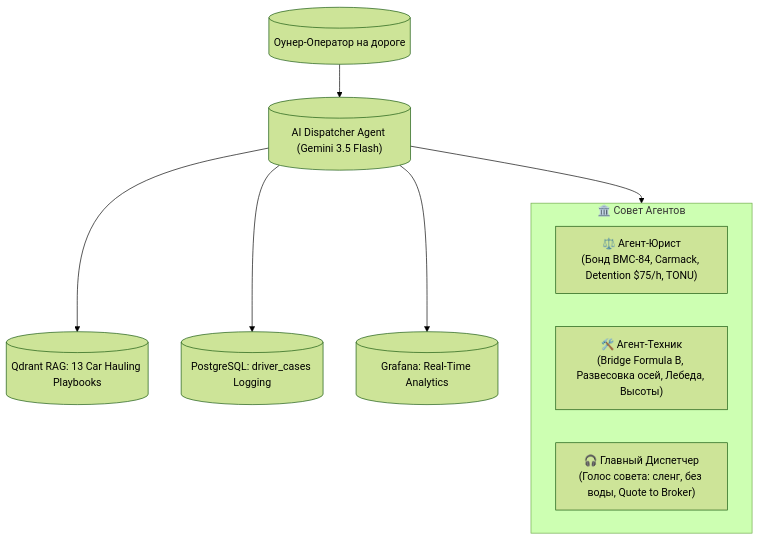
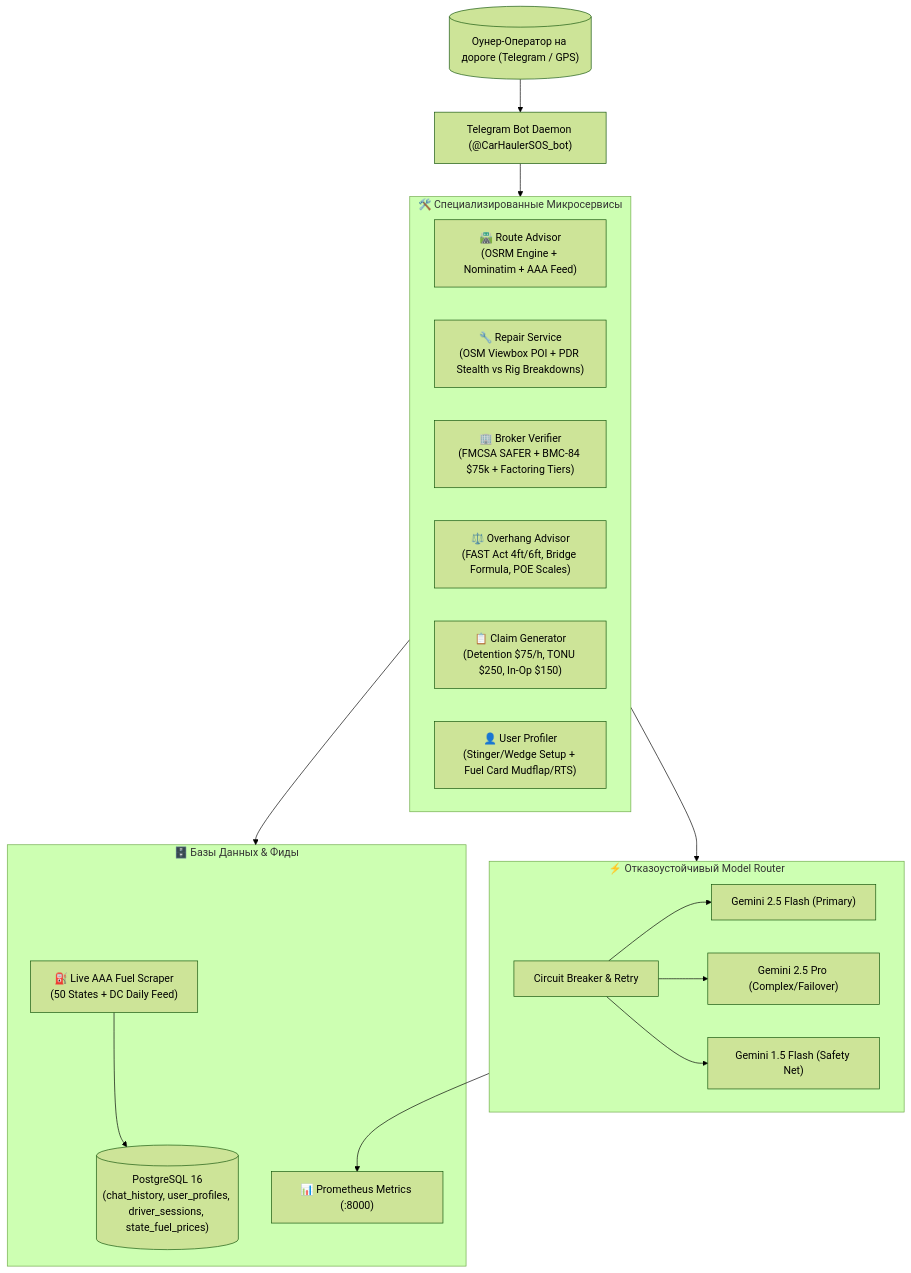
Before and after one commit to barii-fedorov/car-hauling-dispatch-hub: the diagram in README.md, drawn with Mermaid (forest theme). The commit also changed other lines of this file and 14 other files, not shown here.

Commit message:
docs: refresh README, architecture, and guides according to current live configuration

````diff
--- a/README.md
+++ b/README.md
@@ -47,15 +50,35 @@
 ```mermaid
 flowchart TD
-    Driver[("Оунер-Оператор на дороге")] --> Agent[("AI Dispatcher Agent (Gemini 3.5 Flash)")]
+    Driver[("Оунер-Оператор на дороге (Telegram / GPS)")] --> Daemon["Telegram Bot Daemon (@CarHaulerSOS_bot)"]
     
-    subgraph Council ["🏛️ Совет Агентов"]
-        Lawyer["⚖️ Агент-Юрист\n(Бонд BMC-84, Carmack, Detention $75/h, TONU)"]
-        Tech["🛠️ Агент-Техник\n(Bridge Formula B, Развесовка осей, Лебеда, Высоты)"]
-        Dispatcher["🎧 Главный Диспетчер\n(Голос совета: сленг, без воды, Quote to Broker)"]
+    subgraph CoreServices ["🛠️ Специализированные Микросервисы"]
+        RouteSvc["🛣️ Route Advisor\n(OSRM Engine + Nominatim + AAA Feed)"]
+        RepairSvc["🔧 Repair Service\n(OSM Viewbox POI + PDR Stealth vs Rig Breakdowns)"]
+        BrokerSvc["🏢 Broker Verifier\n(FMCSA SAFER + BMC-84 $75k + Factoring Tiers)"]
+        OverhangSvc["⚖️ Overhang Advisor\n(FAST Act 4ft/6ft, Bridge Formula, POE Scales)"]
+        ClaimSvc["📋 Claim Generator\n(Detention $75/h, TONU $250, In-Op $150)"]
+        ProfileSvc["👤 User Profiler\n(Stinger/Wedge Setup + Fuel Card Mudflap/RTS)"]
     end
     
-    Agent --> Council
-    Agent --> Qdrant[("Qdrant RAG: 13 Car Hauling Playbooks")]
-    Agent --> Postgres[("PostgreSQL: driver_cases Logging")]
-    Agent --> Grafana[("Grafana: Real-Time Analytics")]
+    subgraph ModelRouting ["⚡ Отказоустойчивый Model Router"]
+        MR["Circuit Breaker & Retry"]
+        M1["Gemini 2.5 Flash (Primary)"]
+        M2["Gemini 2.5 Pro (Complex/Failover)"]
+        M3["Gemini 1.5 Flash (Safety Net)"]
+        MR --> M1
+        MR --> M2
+        MR --> M3
+    end
+
+    subgraph DataTier ["🗄️ Базы Данных & Фиды"]
+        Postgres[("PostgreSQL 16\n(chat_history, user_profiles, driver_sessions, state_fuel_prices)")]
+        AAAScraper["⛽ Live AAA Fuel Scraper\n(50 States + DC Daily Feed)"]
+        Prometheus["📊 Prometheus Metrics (:8000)"]
+    end
+
+    Daemon --> CoreServices
+    CoreServices --> ModelRouting
+    CoreServices --> DataTier
+    AAAScraper --> Postgres
+    ModelRouting --> Prometheus
 ```
````
